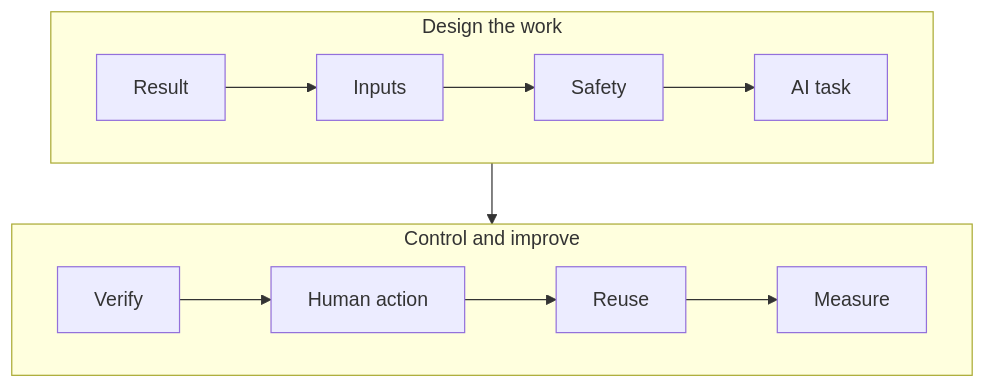
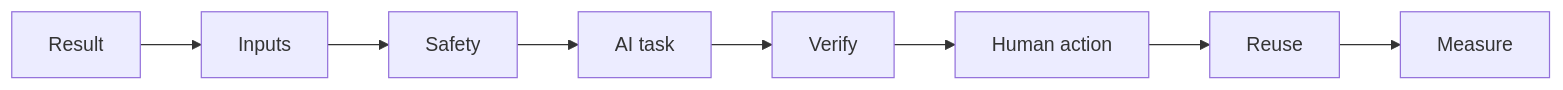
One commit to Ange230700/ibm-ai-foundations-for-everyone-notes changed the diagram in teaching/visuals/s05/en/workflow-canvas.mmd. Above: the diagram before and after it, drawn with Mermaid. The commit also changed 3 other files, not shown here.

```diff
--- a/teaching/visuals/s05/en/workflow-canvas.mmd
+++ b/teaching/visuals/s05/en/workflow-canvas.mmd
@@ -1,10 +1,8 @@
-flowchart TB
- subgraph D["Design the work"]
-  direction LR
-  A["Result"] --> B["Inputs"] --> C["Safety"] --> E["AI task"]
- end
- subgraph R["Control and improve"]
-  direction LR
-  F["Verify"] --> G["Human action"] --> H["Reuse"] --> I["Measure"]
- end
- E --> F
+flowchart LR
+ A["Result"] --> B["Inputs"]
+ B --> C["Safety"]
+ C --> D["AI task"]
+ D --> E["Verify"]
+ E --> F["Human action"]
+ F --> G["Reuse"]
+ G --> H["Measure"]
```
